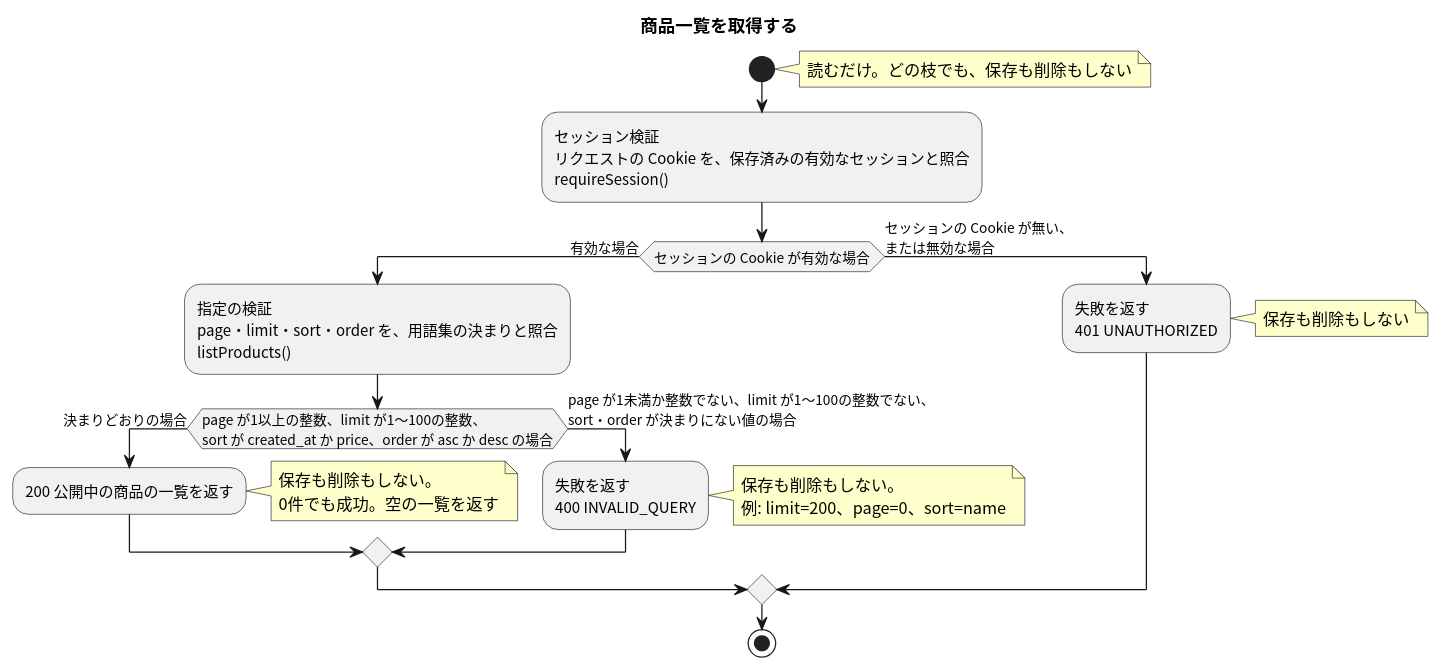
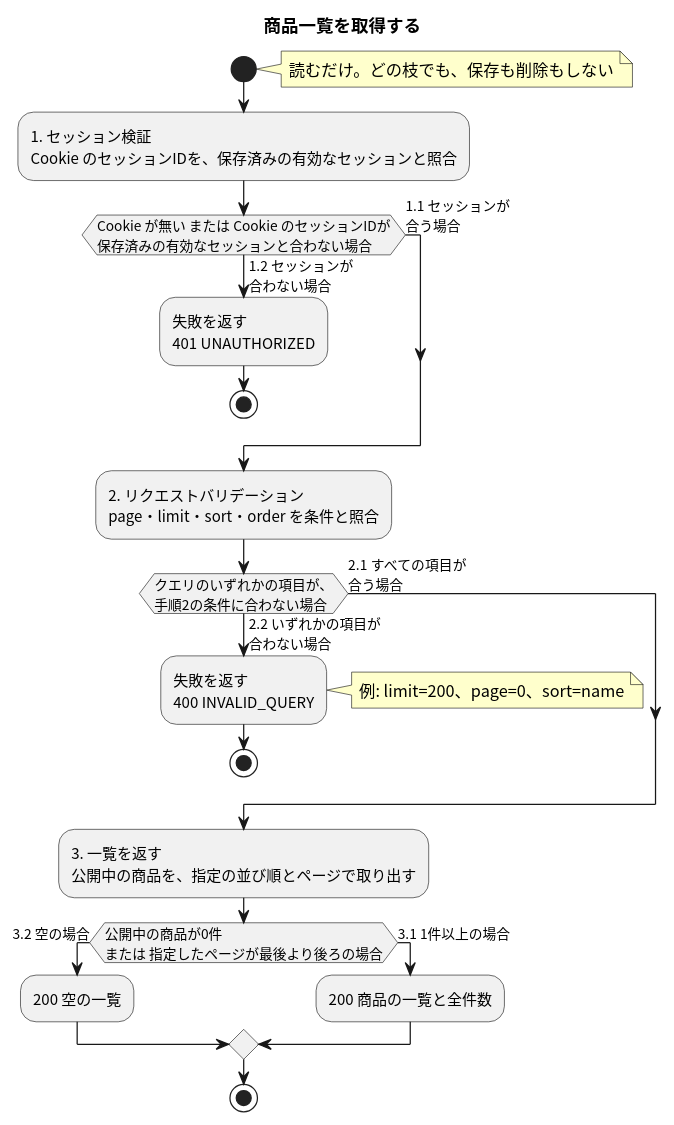
One commit to masamasamasato/design-doc-template changed the diagram in apis/list-products/flow.puml. Above: the diagram before and after it, drawn with PlantUML. The commit also changed other lines of this file and 28 other files, not shown here.

```diff
--- a/apis/list-products/flow.puml
+++ b/apis/list-products/flow.puml
@@ -3,26 +3,31 @@
 @startuml
 skinparam shadowing false
 skinparam defaultFontName "Noto Sans CJK JP"
 skinparam ActivityFontName "Noto Sans CJK JP"
 skinparam NoteBackgroundColor #FFFFCC
 
 title 商品一覧を取得する
 
 start
 note right: 読むだけ。どの枝でも、保存も削除もしない
-:セッション検証\nリクエストの Cookie を、保存済みの有効なセッションと照合\nrequireSession();
-if (セッションの Cookie が有効な場合) then (有効な場合)
-  :指定の検証\npage・limit・sort・order を、用語集の決まりと照合\nlistProducts();
-  if (page が1以上の整数、limit が1〜100の整数、\nsort が created_at か price、order が asc か desc の場合) then (決まりどおりの場合)
-    :200 公開中の商品の一覧を返す;
-    note right: 保存も削除もしない。\n0件でも成功。空の一覧を返す
-  else (page が1未満か整数でない、limit が1〜100の整数でない、\nsort・order が決まりにない値の場合)
-    :失敗を返す\n400 INVALID_QUERY;
-    note right: 保存も削除もしない。\n例: limit=200、page=0、sort=name
-  endif
-else (セッションの Cookie が無い、\nまたは無効な場合)
+:1. セッション検証\nCookie のセッションIDを、保存済みの有効なセッションと照合;
+if (Cookie が無い または Cookie のセッションIDが\n保存済みの有効なセッションと合わない場合) then (1.2 セッションが\n合わない場合)
   :失敗を返す\n401 UNAUTHORIZED;
-  note right: 保存も削除もしない
+  stop
+else (1.1 セッションが\n合う場合)
+endif
+:2. リクエストバリデーション\npage・limit・sort・order を条件と照合;
+if (クエリのいずれかの項目が、\n手順2の条件に合わない場合) then (2.2 いずれかの項目が\n合わない場合)
+  :失敗を返す\n400 INVALID_QUERY;
+  note right: 例: limit=200、page=0、sort=name
+  stop
+else (2.1 すべての項目が\n合う場合)
+endif
+:3. 一覧を返す\n公開中の商品を、指定の並び順とページで取り出す;
+if (公開中の商品が0件\nまたは 指定したページが最後より後ろの場合) then (3.2 空の場合)
+  :200 空の一覧;
+else (3.1 1件以上の場合)
+  :200 商品の一覧と全件数;
 endif
 stop
 @enduml
```
